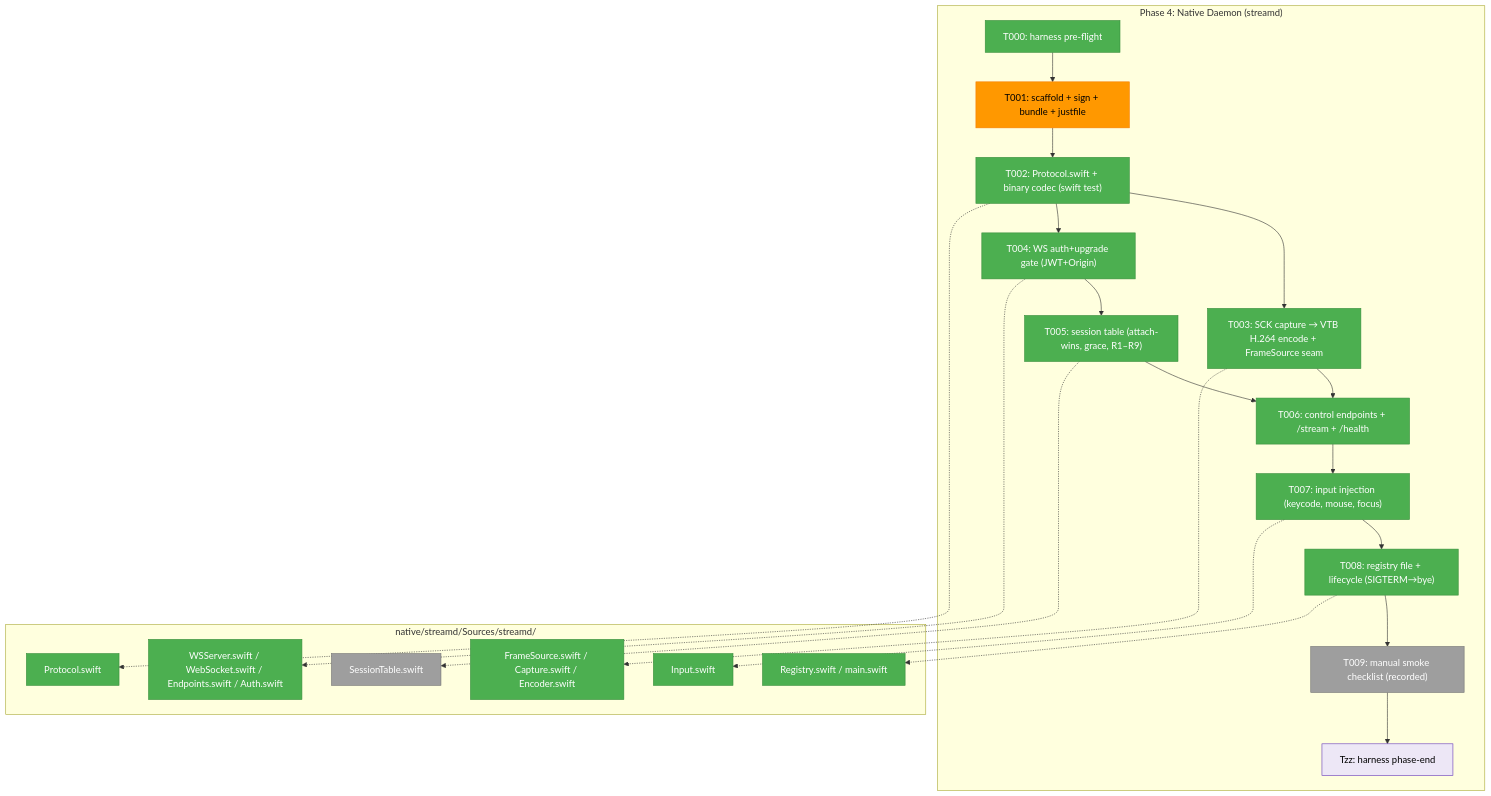
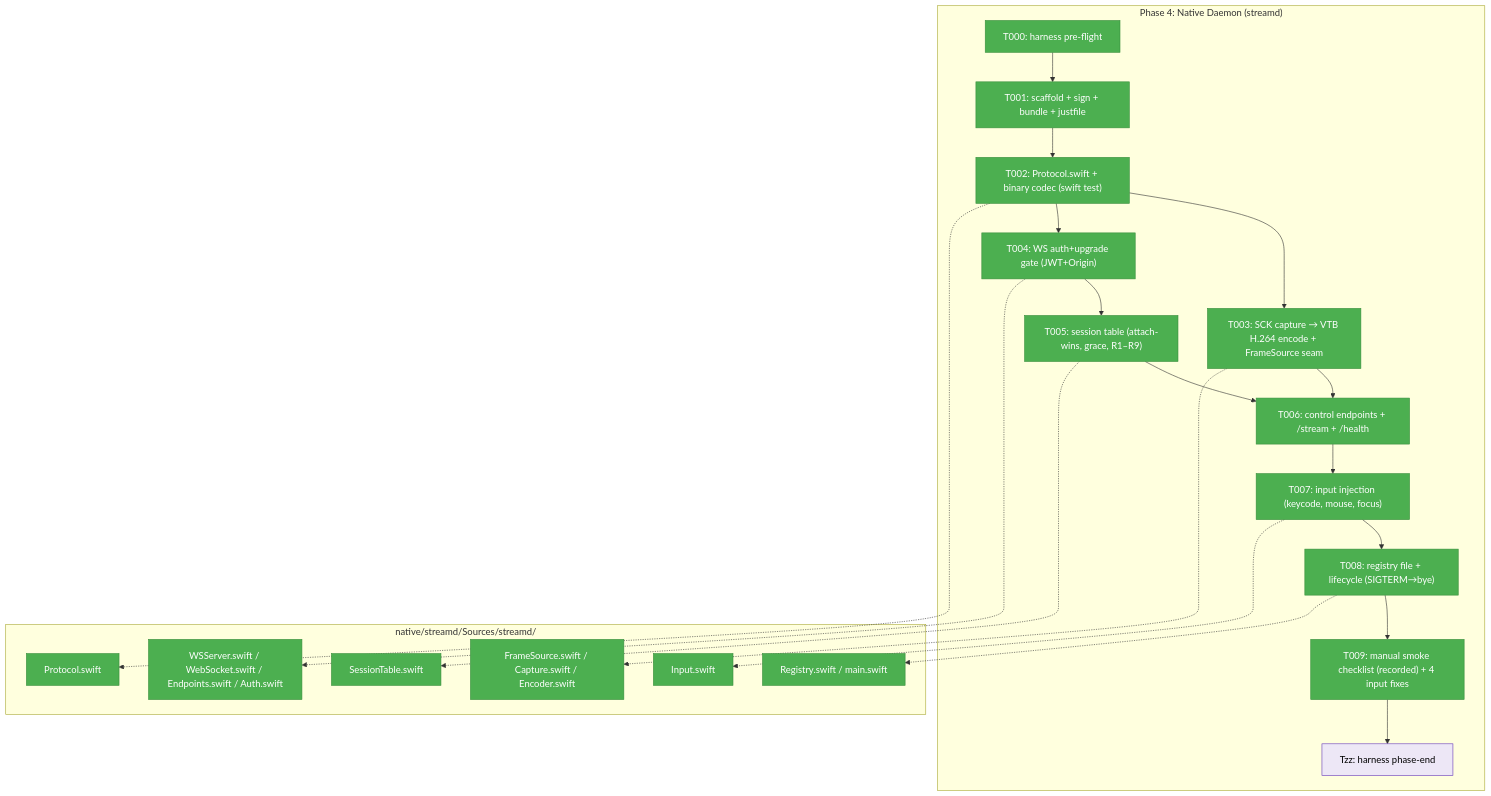
Before and after one commit to AI-Substrate/chainglass: the first of 3 diagrams in docs/plans/088-remote-app-view/tasks/phase-4-native-daemon-swift/tasks.md, drawn with Mermaid. The commit also changed other lines of this file and 4 other files, not shown here.

First line of the commit message:
feat(remote-view): T001 install + T009 live smoke at host Mac — real Simulator stream + 4 input fixes (Plan 088 Phase 4)

````diff
--- a/docs/plans/088-remote-app-view/tasks/phase-4-native-daemon-swift/tasks.md
+++ b/docs/plans/088-remote-app-view/tasks/phase-4-native-daemon-swift/tasks.md
@@ -112,42 +112,42 @@
 ```mermaid
 flowchart TD
     classDef pending fill:#9E9E9E,stroke:#757575,color:#fff
     classDef seam fill:#EDE7F6,stroke:#673AB7,color:#000
     classDef test fill:#E3F2FD,stroke:#1976D2,color:#000
     classDef completed fill:#4CAF50,stroke:#388E3C,color:#fff
     classDef inprogress fill:#FF9800,stroke:#F57C00,color:#000
 
     subgraph Phase["Phase 4: Native Daemon (streamd)"]
         T000["T000: harness pre-flight"]:::completed
-        T001["T001: scaffold + sign + bundle + justfile"]:::inprogress
+        T001["T001: scaffold + sign + bundle + justfile"]:::completed
         T002["T002: Protocol.swift + binary codec (swift test)"]:::completed
         T003["T003: SCK capture → VTB H.264 encode + FrameSource seam"]:::completed
         T004["T004: WS auth+upgrade gate (JWT+Origin)"]:::completed
         T005["T005: session table (attach-wins, grace, R1–R9)"]:::completed
         T006["T006: control endpoints + /stream + /health"]:::completed
         T007["T007: input injection (keycode, mouse, focus)"]:::completed
         T008["T008: registry file + lifecycle (SIGTERM→bye)"]:::completed
-        T009["T009: manual smoke checklist (recorded)"]:::pending
+        T009["T009: manual smoke checklist (recorded) + 4 input fixes"]:::completed
         Tzz["Tzz: harness phase-end"]:::seam
         T000 --> T001 --> T002 --> T003
         T002 --> T004 --> T005 --> T006
         T003 --> T006
         T006 --> T007 --> T008 --> T009 --> Tzz
     end
 
     subgraph Sources["native/streamd/Sources/streamd/"]
         F1["Protocol.swift"]:::completed
         F2["FrameSource.swift / Capture.swift / Encoder.swift"]:::completed
         F3["WSServer.swift / WebSocket.swift / Endpoints.swift / Auth.swift"]:::completed
-        F4["SessionTable.swift"]:::pending
+        F4["SessionTable.swift"]:::completed
         F5["Input.swift"]:::completed
         F6["Registry.swift / main.swift"]:::completed
     end
 
     T002 -.-> F1
     T003 -.-> F2
     T004 -.-> F3
     T005 -.-> F4
     T007 -.-> F5
     T008 -.-> F6
 ```
````
